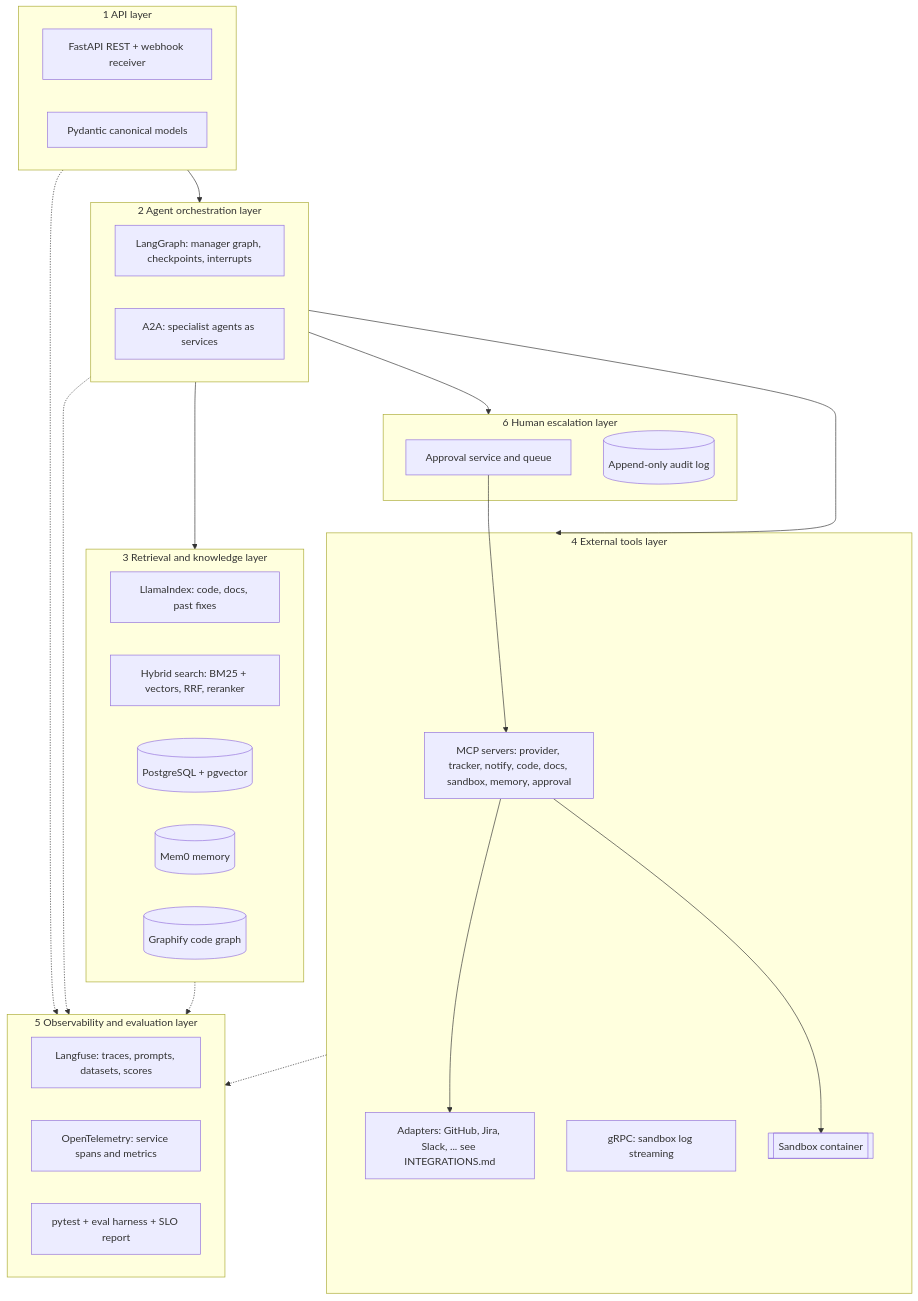
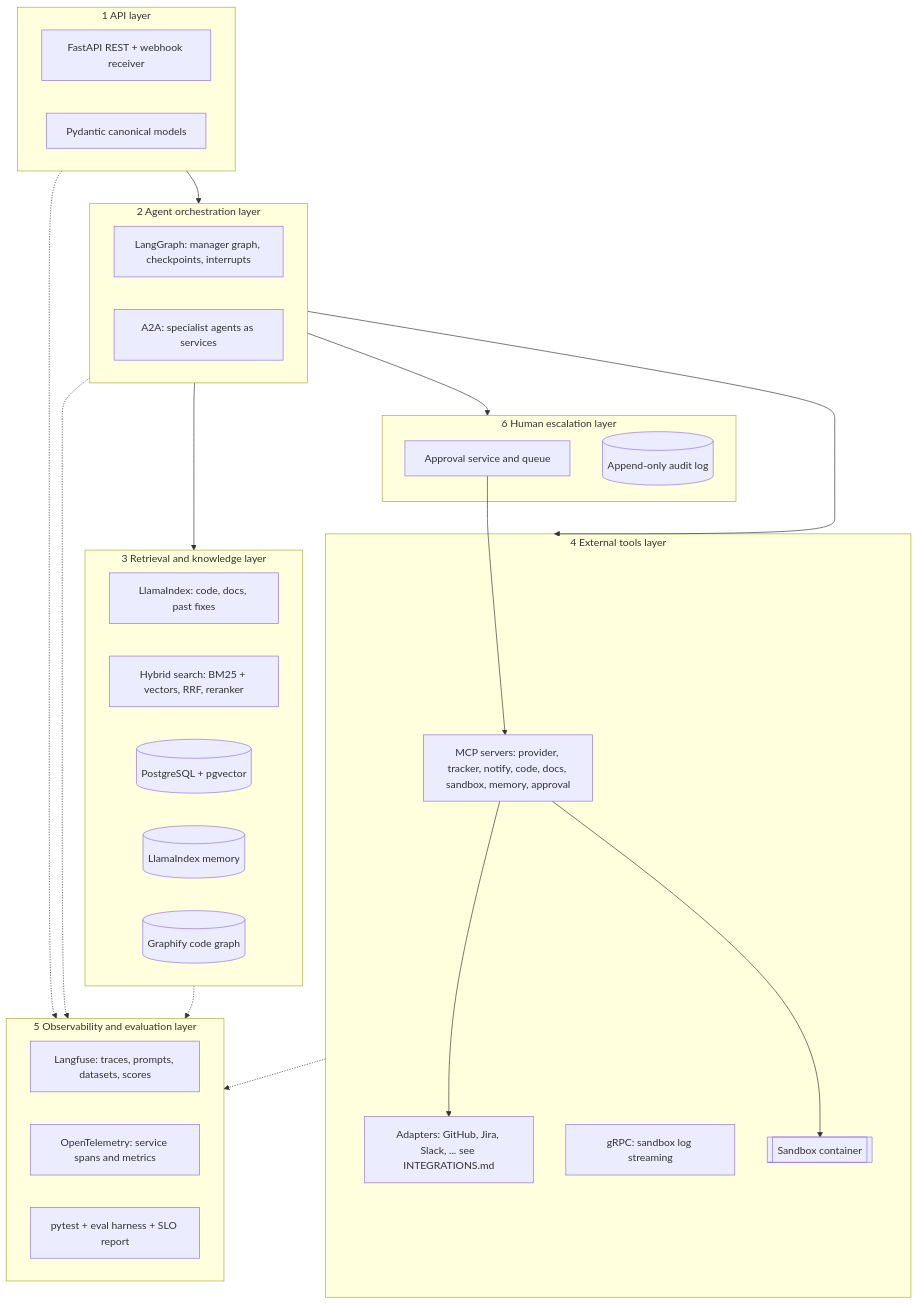
The diagram in docs/TECHNOLOGY.md (SubashNadar/issue-to-pr-agent), drawn with Mermaid before and after one commit. The commit also changed other lines of this file and 6 other files, not shown here.

First line of the commit message:
Use LlamaIndex collections for memory instead of Mem0

````diff
--- a/docs/TECHNOLOGY.md
+++ b/docs/TECHNOLOGY.md
@@ -9,44 +9,44 @@
 ```mermaid
 flowchart TB
   subgraph L1[1 API layer]
     API[FastAPI REST + webhook receiver]
     PYD[Pydantic canonical models]
   end
   subgraph L2[2 Agent orchestration layer]
     LG[LangGraph: manager graph, checkpoints, interrupts]
     A2A[A2A: specialist agents as services]
   end
   subgraph L3[3 Retrieval and knowledge layer]
     LI[LlamaIndex: code, docs, past fixes]
     HY[Hybrid search: BM25 + vectors, RRF, reranker]
     PG[(PostgreSQL + pgvector)]
-    MEM[(Mem0 memory)]
+    MEM[(LlamaIndex memory)]
     GRA[(Graphify code graph)]
   end
   subgraph L4[4 External tools layer]
     MCP[MCP servers: provider, tracker, notify, code, docs, sandbox, memory, approval]
     ADP[Adapters: GitHub, Jira, Slack, ... see INTEGRATIONS.md]
     GRPC[gRPC: sandbox log streaming]
     SBX[[Sandbox container]]
   end
   subgraph L5[5 Observability and evaluation layer]
     LF[Langfuse: traces, prompts, datasets, scores]
     OT[OpenTelemetry: service spans and metrics]
     EV[pytest + eval harness + SLO report]
   end
   subgraph L6[6 Human escalation layer]
     AQ[Approval service and queue]
     AU[(Append-only audit log)]
   end
 
   L1 --> L2 --> L3
   L2 --> L4
   L2 --> L6
   L1 -.-> L5
   L2 -.-> L5
   L3 -.-> L5
   L4 -.-> L5
   MCP --> ADP
   MCP --> SBX
   AQ --> MCP
 ```
````
